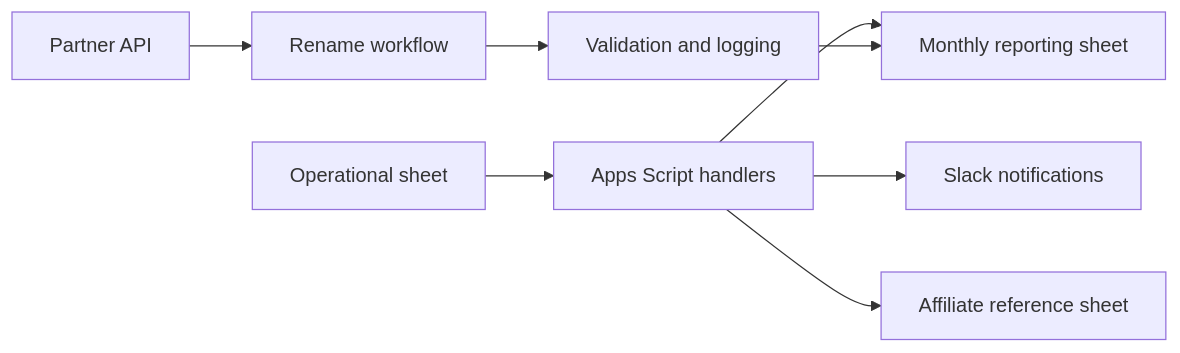
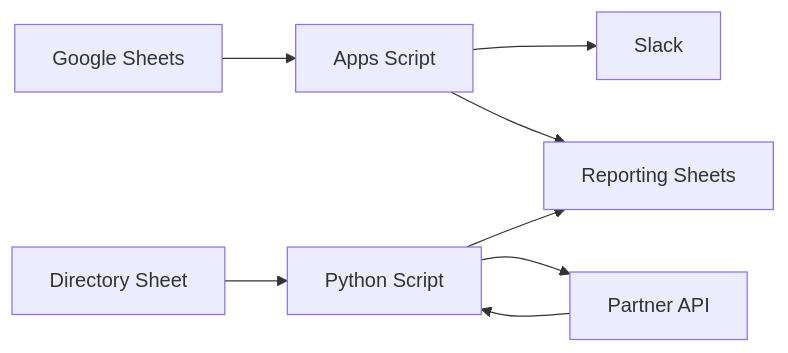
The diagram in docs/architecture.md (AntifrizRr/my-scripts), drawn with Mermaid before and after one commit. The commit also changed other lines of this file and 14 other files, not shown here.

````diff
--- a/docs/architecture.md
+++ b/docs/architecture.md
@@ -12,10 +28,11 @@
 ```mermaid
 flowchart LR
-    A[Operational sheet] --> B[Apps Script handlers]
-    B --> C[Slack notifications]
-    B --> D[Monthly reporting sheet]
-    B --> E[Affiliate reference sheet]
-    F[Partner API] --> G[Rename workflow]
-    G --> H[Validation and logging]
-    H --> D
+    A[Google Sheets] --> B[Apps Script]
+    B --> C[Slack]
+    B --> D[Reporting Sheets]
+
+    E[Directory Sheet] --> F[Python Script]
+    F --> G[Partner API]
+    G --> F
+    F --> D
 ```
````
